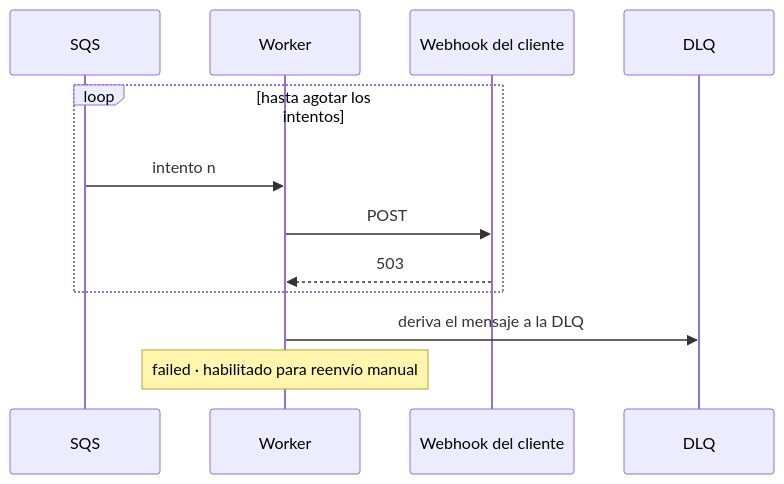
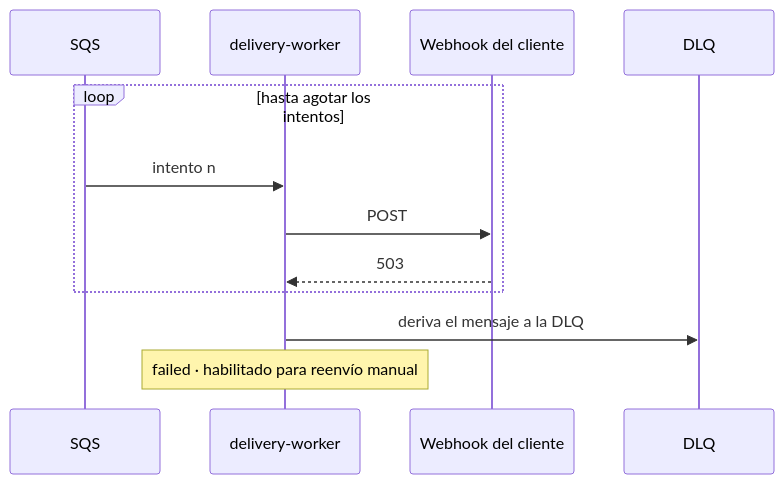
Before and after one commit to ssalaza7/cobre-notification-delivery: the fourth of 5 diagrams in README.md, drawn with Mermaid. The commit also changed other lines of this file and 3 other files, not shown here.

First line of the commit message:
docs: actualiza diagramas y referencias a la estructura de tres ejecutables

````diff
--- a/README.md
+++ b/README.md
@@ -168,15 +190,15 @@
 ```mermaid
 sequenceDiagram
     participant Q as SQS
-    participant W as Worker
+    participant W as delivery-worker
     participant C as Webhook del cliente
     participant D as DLQ
 
     loop hasta agotar los intentos
         Q->>W: intento n
         W->>C: POST
         C-->>W: 503
     end
     W->>D: deriva el mensaje a la DLQ
     Note over W: failed · habilitado para reenvío manual
 ```
````
